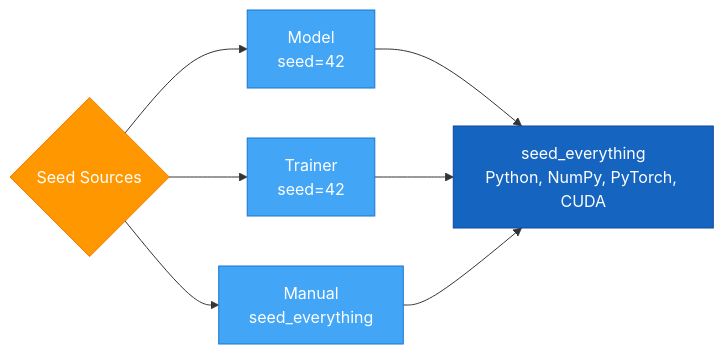
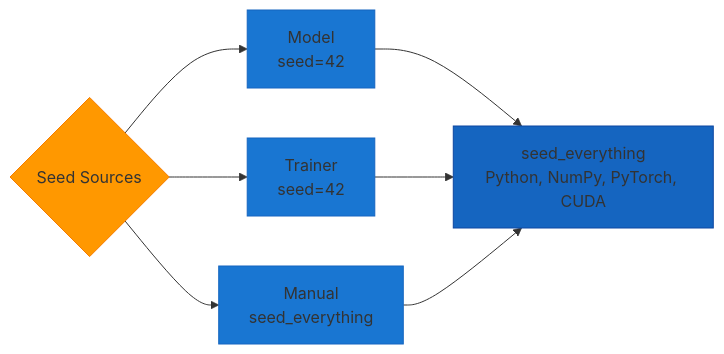
Before and after one commit to theja-vanka/AutoTimm: the first of 2 diagrams in docs/user-guide/guides/reproducibility.md, drawn with Mermaid. The commit also changed other lines of this file and 37 other files, not shown here.

````diff
--- a/docs/user-guide/guides/reproducibility.md
+++ b/docs/user-guide/guides/reproducibility.md
@@ -9,15 +9,15 @@
 ```mermaid
 graph LR
     A{Seed Sources} --> B[Model<br/>seed=42]
     A --> C[Trainer<br/>seed=42]
     A --> D[Manual<br/>seed_everything]
     B --> E[seed_everything<br/>Python, NumPy, PyTorch, CUDA]
     C --> E
     D --> E
 
-    style A fill:#FF9800,stroke:#F57C00,color:#fff
-    style B fill:#42A5F5,stroke:#1976D2,color:#fff
-    style C fill:#42A5F5,stroke:#1976D2,color:#fff
-    style D fill:#42A5F5,stroke:#1976D2,color:#fff
-    style E fill:#1565C0,stroke:#0D47A1,color:#fff
+    style A fill:#FF9800,stroke:#F57C00
+    style B fill:#1976D2,stroke:#1565C0
+    style C fill:#1976D2,stroke:#1565C0
+    style D fill:#1976D2,stroke:#1565C0
+    style E fill:#1565C0,stroke:#0D47A1
 ```
````
